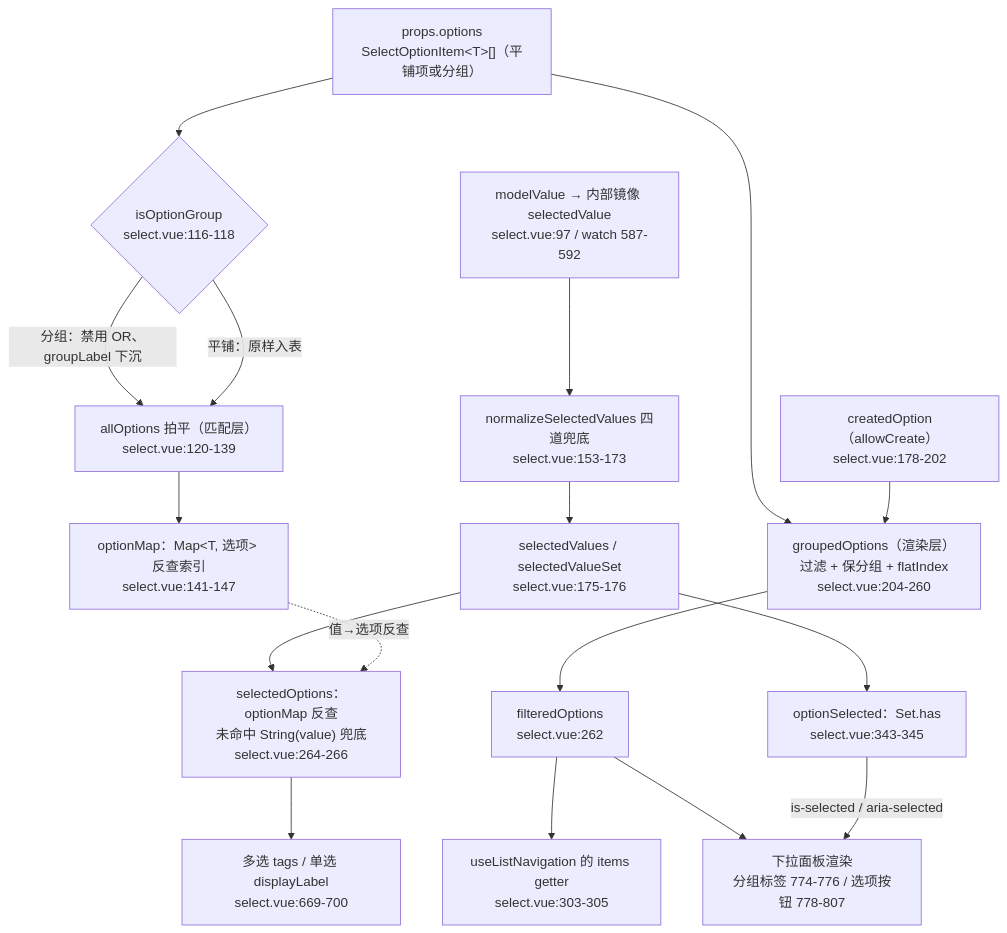
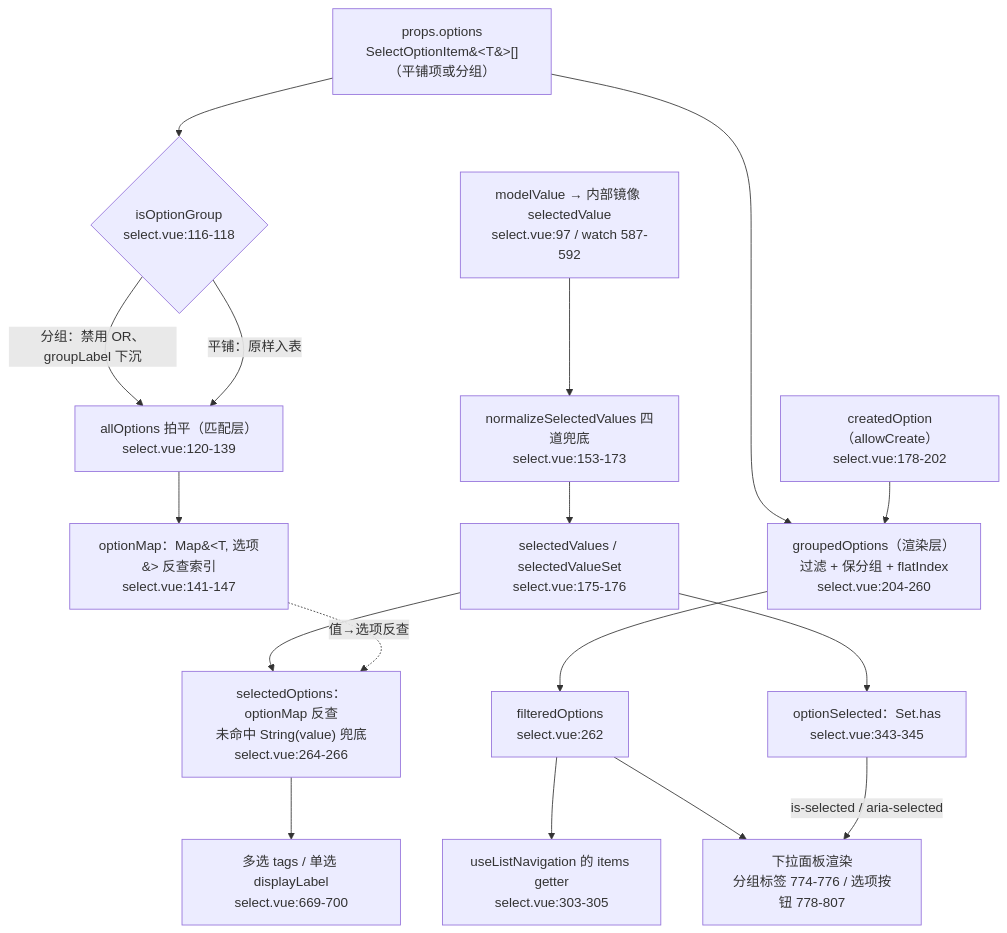
The first of 3 diagrams in docs/14-组件库专栏/6-基础组件表单篇/6-15-Select-泛型浮层受控组件.md (zhangzhengyang27/tech-codex), drawn with Mermaid before and after one commit. The commit also changed 195 other files, not shown here.

````diff
--- a/docs/14-组件库专栏/6-基础组件表单篇/6-15-Select-泛型浮层受控组件.md
+++ b/docs/14-组件库专栏/6-基础组件表单篇/6-15-Select-泛型浮层受控组件.md
@@ -74,21 +74,21 @@
 ```mermaid
 flowchart TD
-    P["props.options<br/>SelectOptionItem&lt;T&gt;[]（平铺项或分组）"]
+    P["props.options<br/>SelectOptionItem&#60;T&#62;[]（平铺项或分组）"]
     P --> G{"isOptionGroup<br/>select.vue:116-118"}
     G -->|"分组：禁用 OR、groupLabel 下沉"| F1["allOptions 拍平（匹配层）<br/>select.vue:120-139"]
     G -->|"平铺：原样入表"| F1
-    F1 --> M["optionMap：Map&lt;T, 选项&gt; 反查索引<br/>select.vue:141-147"]
+    F1 --> M["optionMap：Map&#60;T, 选项&#62; 反查索引<br/>select.vue:141-147"]
     P --> F2["groupedOptions（渲染层）<br/>过滤 + 保分组 + flatIndex<br/>select.vue:204-260"]
     AC["createdOption（allowCreate）<br/>select.vue:178-202"] --> F2
     F2 --> FO["filteredOptions<br/>select.vue:262"]
     FO --> NAV["useListNavigation 的 items getter<br/>select.vue:303-305"]
     FO --> R["下拉面板渲染<br/>分组标签 774-776 / 选项按钮 778-807"]
     V["modelValue → 内部镜像 selectedValue<br/>select.vue:97 / watch 587-592"]
     V --> N["normalizeSelectedValues 四道兜底<br/>select.vue:153-173"]
     N --> SV["selectedValues / selectedValueSet<br/>select.vue:175-176"]
     SV --> OS["optionSelected：Set.has<br/>select.vue:343-345"]
     OS -->|is-selected / aria-selected| R
     SV --> SO["selectedOptions：optionMap 反查<br/>未命中 String(value) 兜底<br/>select.vue:264-266"]
     SO --> T1["多选 tags / 单选 displayLabel<br/>select.vue:669-700"]
     M -.->|"值→选项反查"| SO
 ```
````
